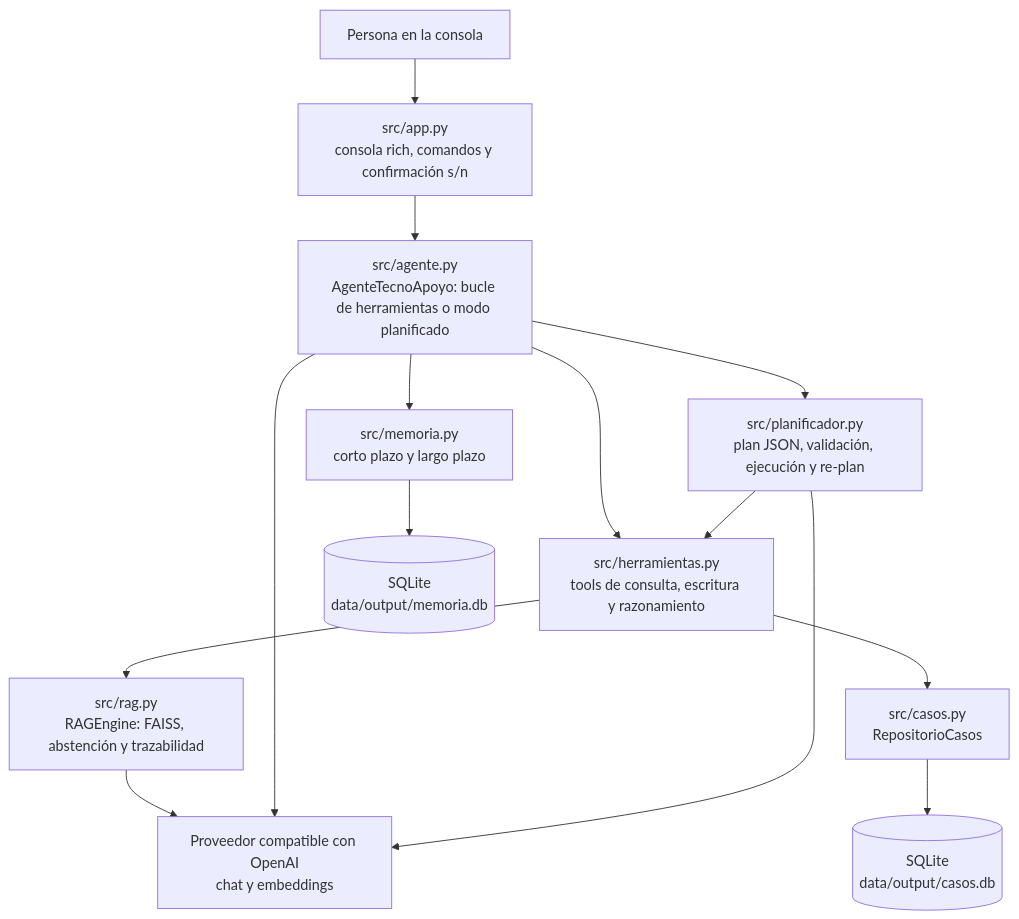
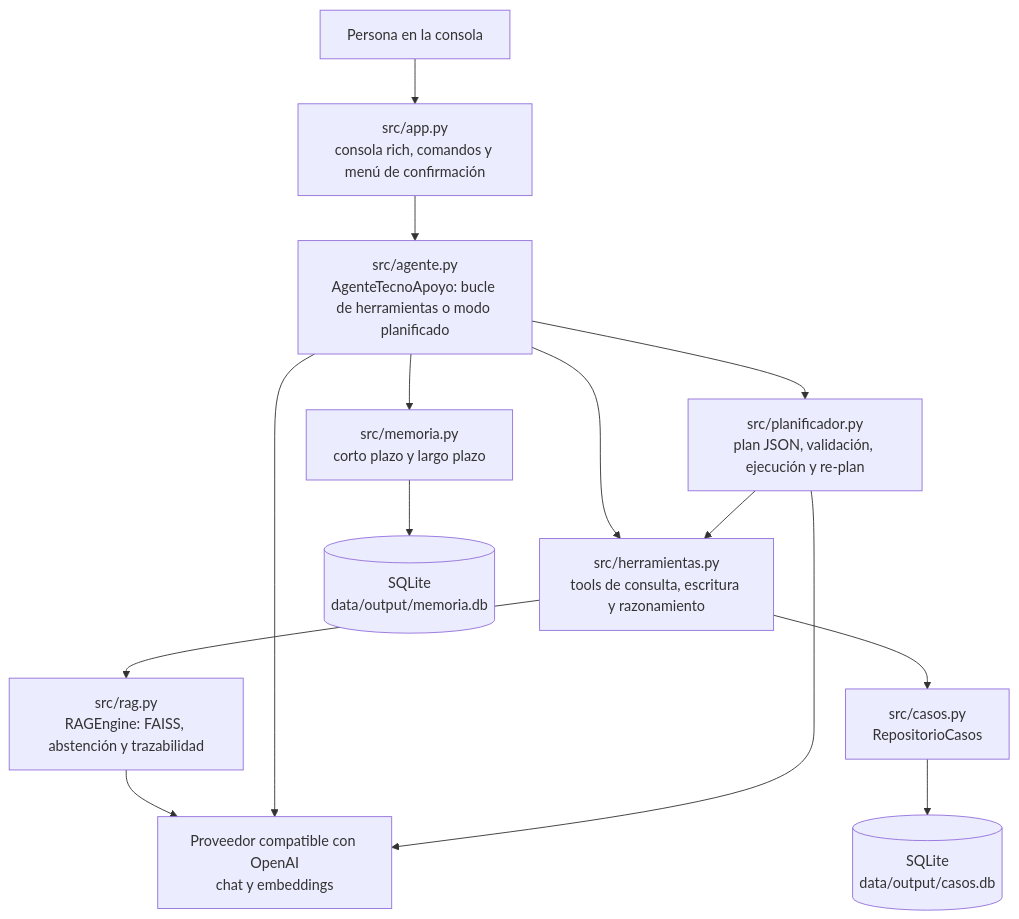
The first of 2 diagrams in README.md (risaavedraf/tecnoapoyo-rag-main), drawn with Mermaid before and after one commit. The commit also changed other lines of this file and 2 other files, not shown here.

````diff
--- a/README.md
+++ b/README.md
@@ -51,16 +51,16 @@
 ```mermaid
 flowchart TD
-    U[Persona en la consola] --> APP["src/app.py<br/>consola rich, comandos y confirmación s/n"]
+    U[Persona en la consola] --> APP["src/app.py<br/>consola rich, comandos y menú de confirmación"]
     APP --> AG["src/agente.py<br/>AgenteTecnoApoyo: bucle de herramientas o modo planificado"]
     AG --> PLAN["src/planificador.py<br/>plan JSON, validación, ejecución y re-plan"]
     AG --> HERR["src/herramientas.py<br/>tools de consulta, escritura y razonamiento"]
     AG --> MEM["src/memoria.py<br/>corto plazo y largo plazo"]
     PLAN --> HERR
     HERR --> RAG["src/rag.py<br/>RAGEngine: FAISS, abstención y trazabilidad"]
     HERR --> CASOS["src/casos.py<br/>RepositorioCasos"]
     MEM --> SQLMEM[("SQLite<br/>data/output/memoria.db")]
     CASOS --> SQLCAS[("SQLite<br/>data/output/casos.db")]
     RAG --> PROV["Proveedor compatible con OpenAI<br/>chat y embeddings"]
     AG --> PROV
     PLAN --> PROV
 ```
````
